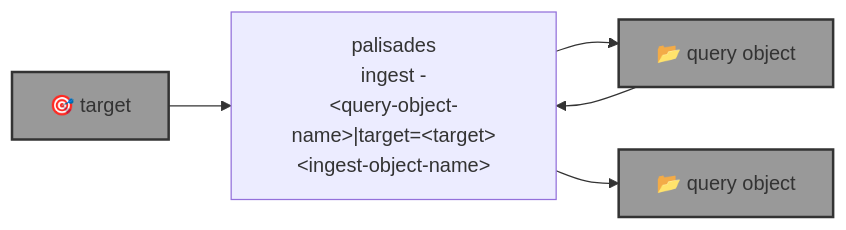
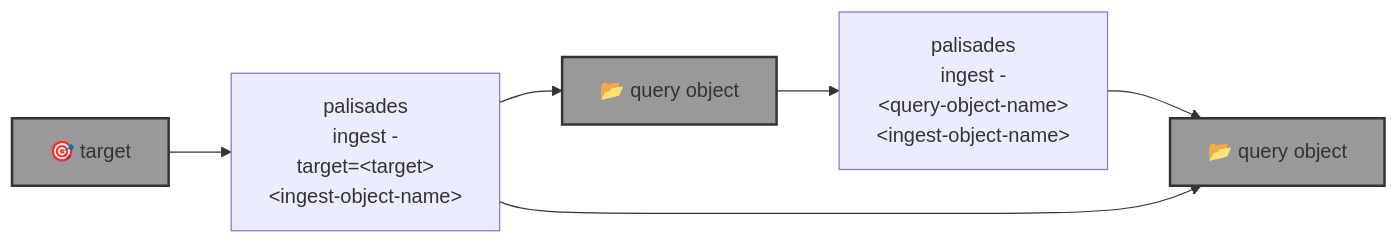
Before and after one commit to kamangir/blue-sandbox: the diagram in blue_sandbox/palisades/README.md, drawn with Mermaid. The commit also changed 3 other files, not shown here.

````diff
--- a/blue_sandbox/palisades/README.md
+++ b/blue_sandbox/palisades/README.md
@@ -5,15 +5,18 @@
 ```mermaid
 graph LR
-    palisades_ingest["palisades<br>ingest -<br>&lt;query-object-name&gt;|target=&lt;target&gt;<br>&lt;ingest-object-name&gt;"]
+    palisades_ingest_query["palisades<br>ingest -<br>&lt;query-object-name&gt;<br>&lt;ingest-object-name&gt;"]
+    palisades_ingest_target["palisades<br>ingest -<br>target=&lt;target&gt;<br>&lt;ingest-object-name&gt;"]
 
     target["🎯 target"]:::folder
     query_object["📂 query object"]:::folder
     ingest_object["📂 query object"]:::folder
 
-    target --> palisades_ingest
-    query_object --> palisades_ingest
-    palisades_ingest --> query_object
-    palisades_ingest --> ingest_object
+    query_object --> palisades_ingest_query
+    palisades_ingest_query --> ingest_object
+
+    target --> palisades_ingest_target
+    palisades_ingest_target --> query_object
+    palisades_ingest_target --> ingest_object
 
     classDef folder fill:#999,stroke:#333,stroke-width:2px;
 ```
````
